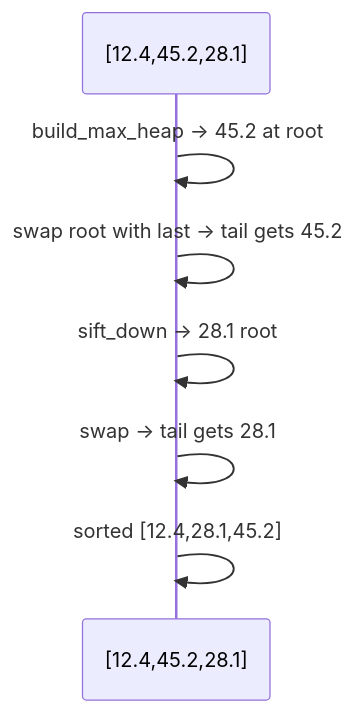
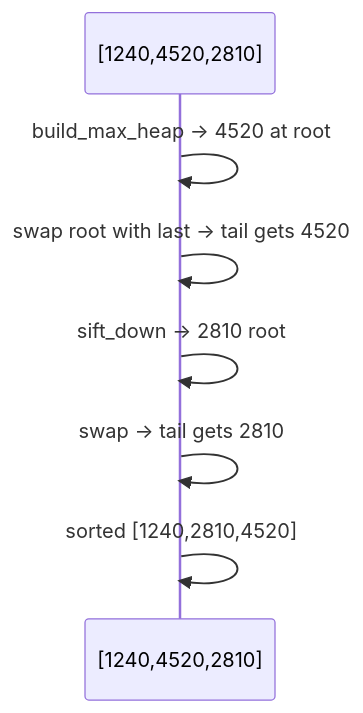
One commit to qgjones9/python-programming-guide changed the seventh of 8 diagrams in docs/dsa/data-structures/heap-sort/index.md. Above: the diagram before and after it, drawn with Mermaid. The commit also changed other lines of this file and 31 other files, not shown here.

````diff
--- a/docs/dsa/data-structures/heap-sort/index.md
+++ b/docs/dsa/data-structures/heap-sort/index.md
@@ -458,9 +457,9 @@
 ```mermaid
 sequenceDiagram
-  participant A as [12.4,45.2,28.1]
-  A->>A: build_max_heap → 45.2 at root
-  A->>A: swap root with last → tail gets 45.2
-  A->>A: sift_down → 28.1 root
-  A->>A: swap → tail gets 28.1
-  A->>A: sorted [12.4,28.1,45.2]
+ participant A as [1240,4520,2810]
+ A->>A: build_max_heap → 4520 at root
+ A->>A: swap root with last → tail gets 4520
+ A->>A: sift_down → 2810 root
+ A->>A: swap → tail gets 2810
+ A->>A: sorted [1240,2810,4520]
 ```
````
